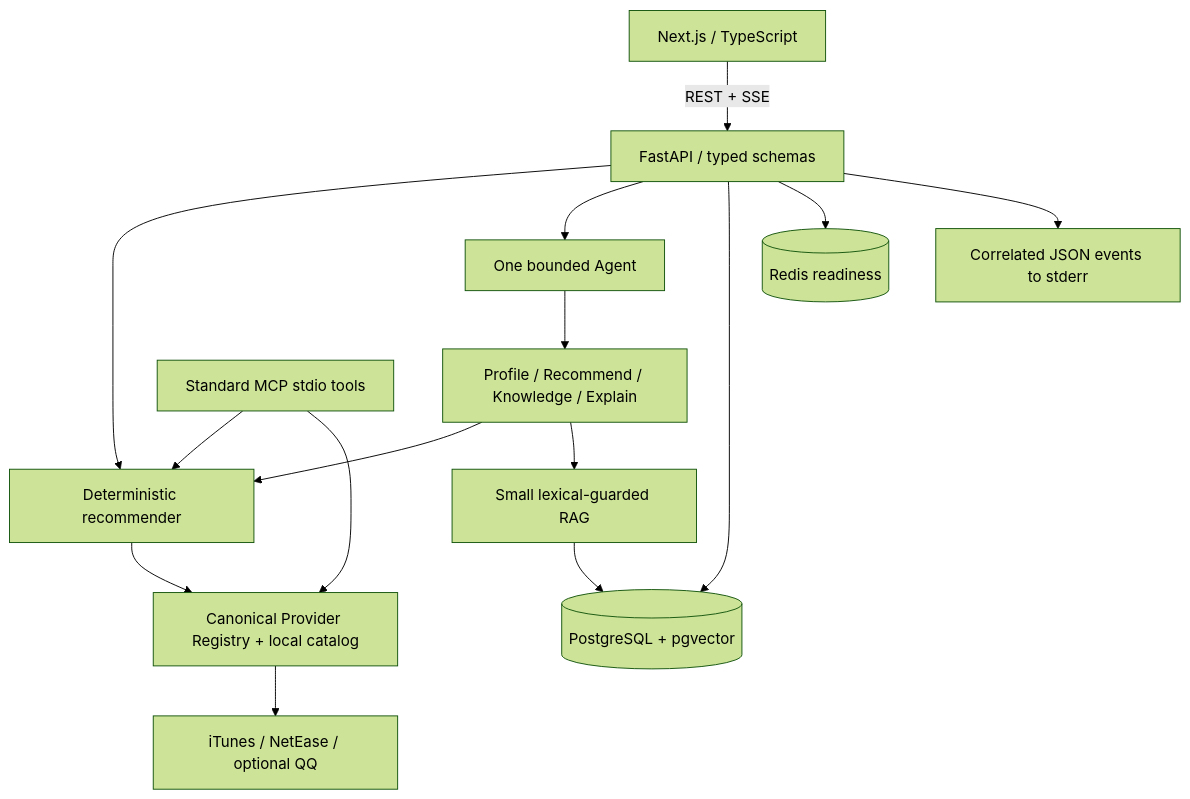
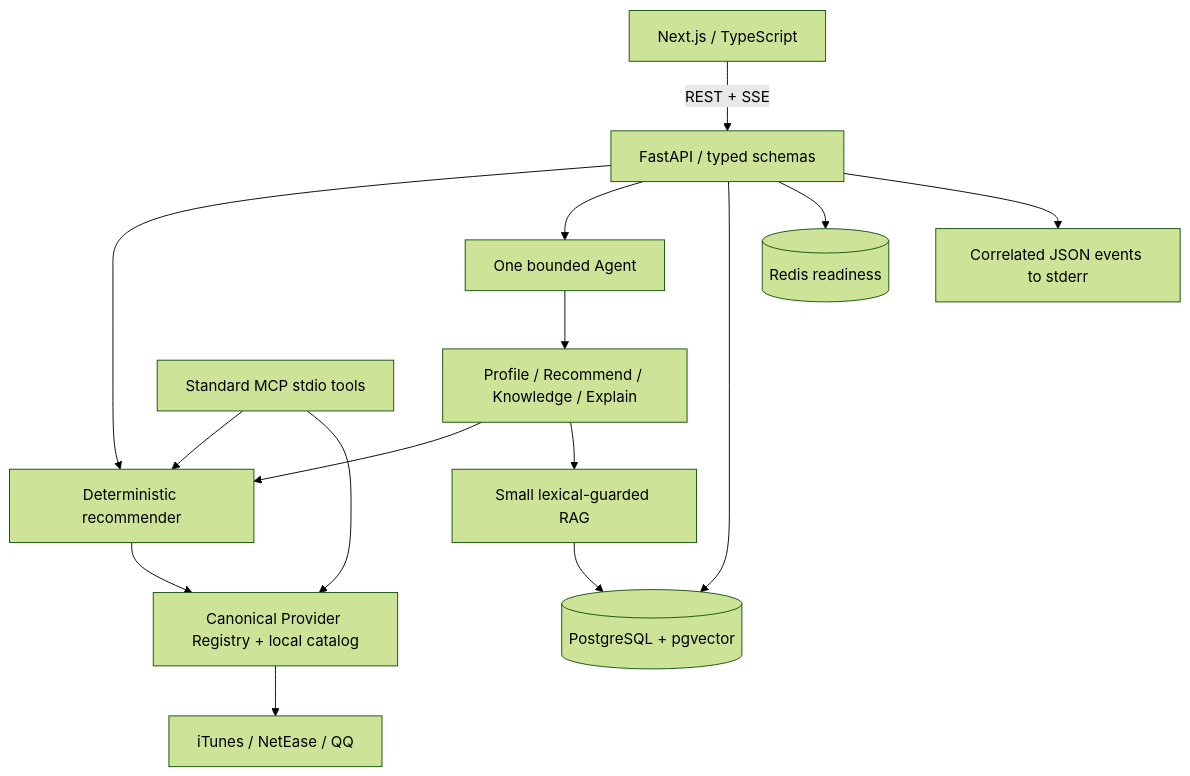
Before and after one commit to jiangking22/music_recommendation_system: the diagram in README.md, drawn with Mermaid (forest theme). The commit also changed other lines of this file and 10 other files, not shown here.

````diff
--- a/README.md
+++ b/README.md
@@ -50,17 +50,17 @@
 ```mermaid
 flowchart TB
   Web[Next.js / TypeScript] -->|REST + SSE| API[FastAPI / typed schemas]
   API --> Rec[Deterministic recommender]
   API --> Agent[One bounded Agent]
   Agent --> Tools[Profile / Recommend / Knowledge / Explain]
   Tools --> Rec
   Tools --> RAG[Small lexical-guarded RAG]
   Rec --> Registry[Canonical Provider Registry + local catalog]
-  Registry --> Sources[iTunes / NetEase / optional QQ]
+  Registry --> Sources[iTunes / NetEase / QQ]
   API --> PG[(PostgreSQL + pgvector)]
   RAG --> PG
   API --> Redis[(Redis readiness)]
   MCP[Standard MCP stdio tools] --> Rec
   MCP --> Registry
   API --> Logs[Correlated JSON events to stderr]
 ```
````
